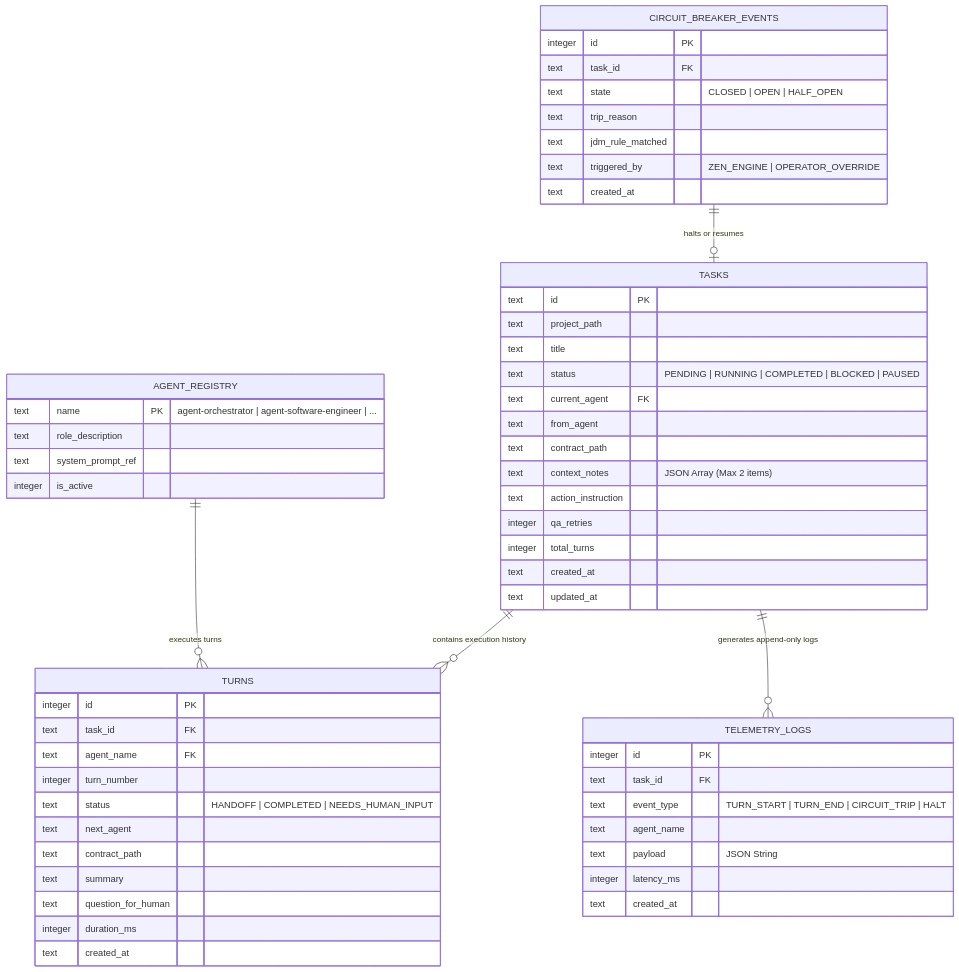
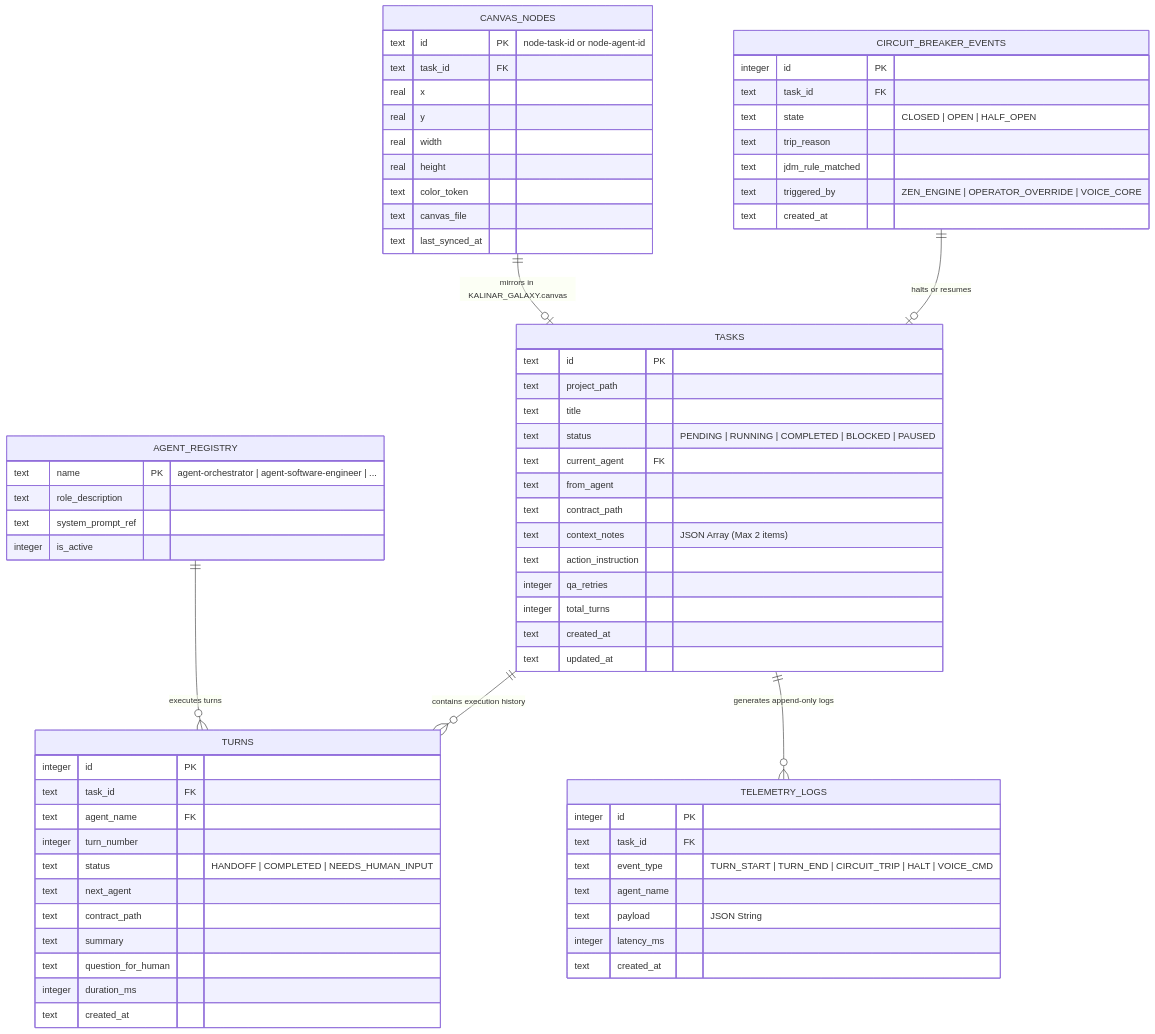
One commit to code-thiago/kalinar-agent-galaxy-os changed the diagram in .antigravity/blueprint/05_BACKEND_SCHEMA.md. Above: the diagram before and after it, drawn with Mermaid. The commit also changed other lines of this file and 10 other files, not shown here.

Commit message:
fix(blueprint): align trd/app-flow with electron 3d galaxy os and unlock build gate [v0.0.1-blueprint]

````diff
--- a/.antigravity/blueprint/05_BACKEND_SCHEMA.md
+++ b/.antigravity/blueprint/05_BACKEND_SCHEMA.md
@@ -27,64 +27,77 @@
 ```mermaid
 erDiagram
     TASKS ||--o{ TURNS : "contains execution history"
     TASKS ||--o{ TELEMETRY_LOGS : "generates append-only logs"
     AGENT_REGISTRY ||--o{ TURNS : "executes turns"
     CIRCUIT_BREAKER_EVENTS ||--o| TASKS : "halts or resumes"
+    CANVAS_NODES ||--o| TASKS : "mirrors in KALINAR_GALAXY.canvas"
 
     TASKS {
         text id PK
         text project_path
         text title
         text status "PENDING | RUNNING | COMPLETED | BLOCKED | PAUSED"
         text current_agent FK
         text from_agent
         text contract_path
         text context_notes "JSON Array (Max 2 items)"
         text action_instruction
         integer qa_retries
         integer total_turns
         text created_at
         text updated_at
     }
 
     TURNS {
         integer id PK
         text task_id FK
         text agent_name FK
         integer turn_number
         text status "HANDOFF | COMPLETED | NEEDS_HUMAN_INPUT"
         text next_agent
         text contract_path
         text summary
         text question_for_human
         integer duration_ms
         text created_at
     }
 
     TELEMETRY_LOGS {
         integer id PK
         text task_id FK
-        text event_type "TURN_START | TURN_END | CIRCUIT_TRIP | HALT"
+        text event_type "TURN_START | TURN_END | CIRCUIT_TRIP | HALT | VOICE_CMD"
         text agent_name
         text payload "JSON String"
         integer latency_ms
         text created_at
     }
 
     CIRCUIT_BREAKER_EVENTS {
         integer id PK
         text task_id FK
         text state "CLOSED | OPEN | HALF_OPEN"
         text trip_reason
         text jdm_rule_matched
-        text triggered_by "ZEN_ENGINE | OPERATOR_OVERRIDE"
+        text triggered_by "ZEN_ENGINE | OPERATOR_OVERRIDE | VOICE_CORE"
         text created_at
+    }
+
+    CANVAS_NODES {
+        text id PK "node-task-id or node-agent-id"
+        text task_id FK
+        real x
+        real y
+        real width
+        real height
+        text color_token
+        text canvas_file
+        text last_synced_at
     }
 
     AGENT_REGISTRY {
         text name PK "agent-orchestrator | agent-software-engineer | ..."
         text role_description
         text system_prompt_ref
         integer is_active
     }
 ```
````
